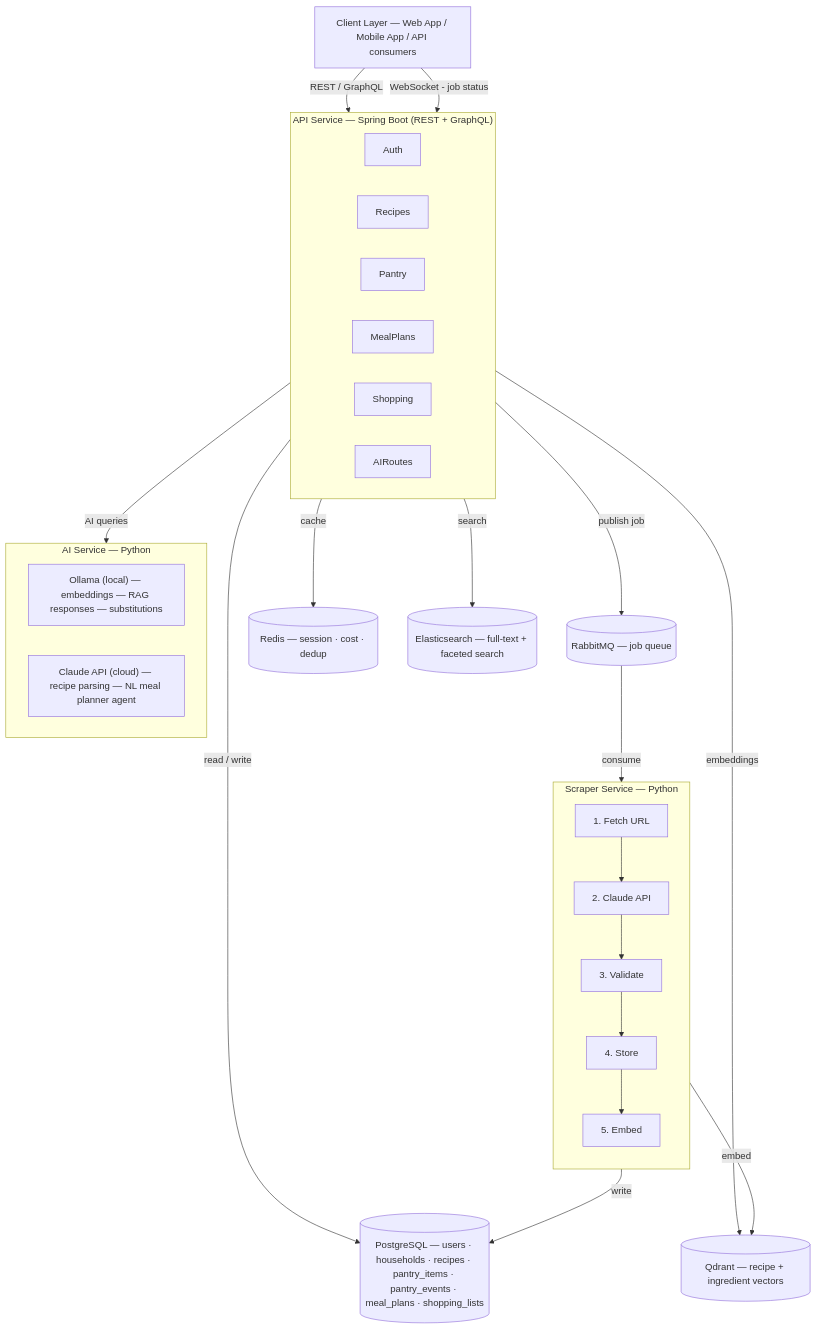
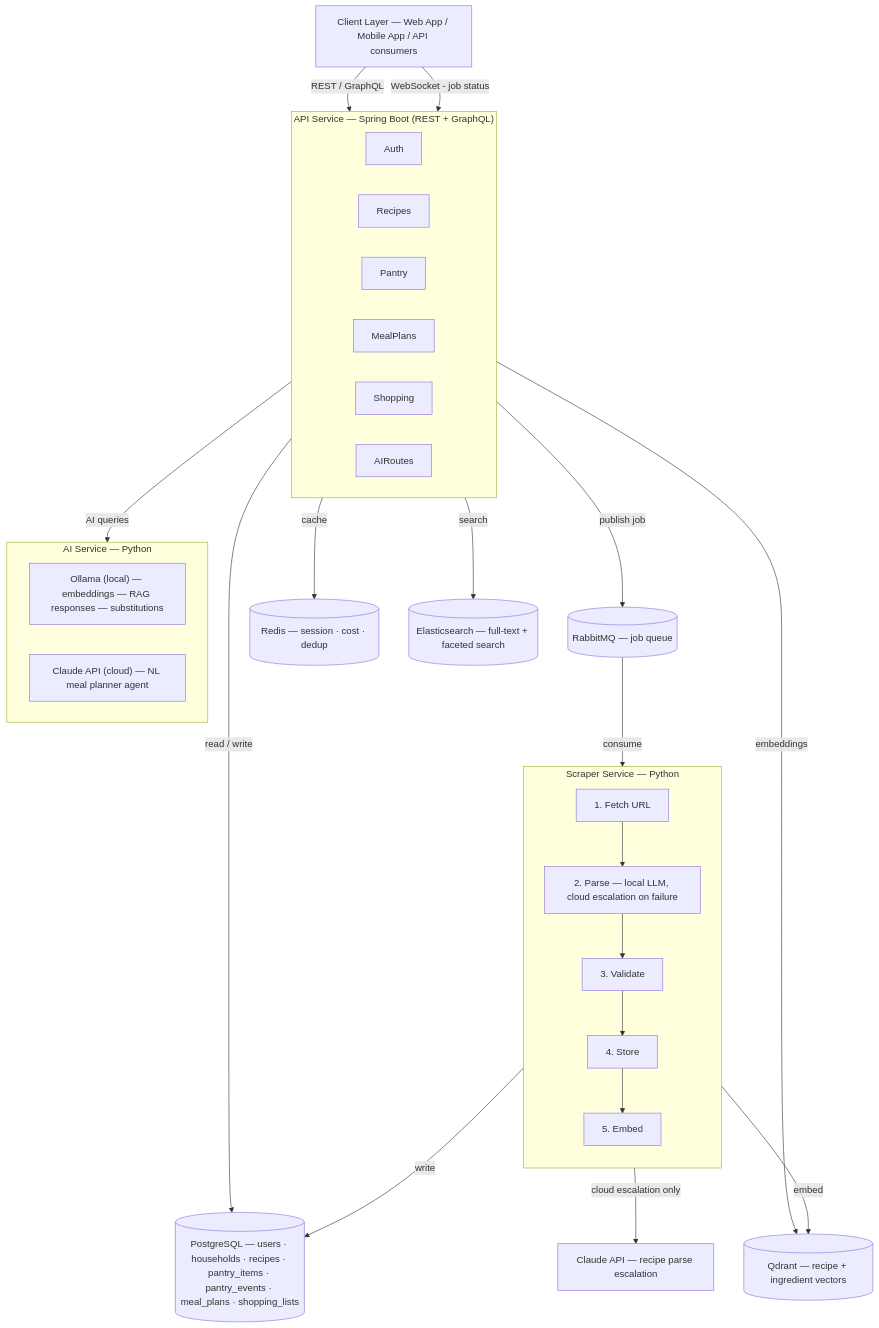
The first of 4 diagrams in docs/architecture.md (ktran0918/recipe-manager), drawn with Mermaid before and after one commit. The commit also changed other lines of this file and 7 other files, not shown here.

````diff
--- a/docs/architecture.md
+++ b/docs/architecture.md
@@ -5,41 +5,42 @@
 ```mermaid
 flowchart TD
     Client["Client Layer — Web App / Mobile App / API consumers"]
 
     Client -->|REST / GraphQL| API
     Client -->|WebSocket - job status| API
 
     subgraph API["API Service — Spring Boot (REST + GraphQL)"]
         direction LR
         Auth & Recipes & Pantry & MealPlans & Shopping & AIRoutes
     end
 
     API -->|publish job| RabbitMQ[(RabbitMQ — job queue)]
     RabbitMQ -->|consume| Scraper
 
     subgraph Scraper["Scraper Service — Python"]
         direction TB
         S1["1. Fetch URL"]
-        S2["2. Claude API"]
+        S2["2. Parse — local LLM, cloud escalation on failure"]
         S3["3. Validate"]
         S4["4. Store"]
         S5["5. Embed"]
         S1 --> S2 --> S3 --> S4 --> S5
     end
 
     API -->|read / write| PG[("PostgreSQL — users · households · recipes · pantry_items · pantry_events · meal_plans · shopping_lists")]
     Scraper -->|write| PG
 
     API -->|cache| Redis[(Redis — session · cost · dedup)]
     API -->|search| ES[(Elasticsearch — full-text + faceted search)]
     API -->|embeddings| Qdrant[(Qdrant — recipe + ingredient vectors)]
     API -->|AI queries| AIService
 
     subgraph AIService["AI Service — Python"]
         direction LR
         Ollama["Ollama (local) — embeddings — RAG responses — substitutions"]
-        Claude["Claude API (cloud) — recipe parsing — NL meal planner agent"]
+        Claude["Claude API (cloud) — NL meal planner agent"]
     end
 
+    Scraper -->|cloud escalation only| ClaudeParse["Claude API — recipe parse escalation"]
     Scraper -->|embed| Qdrant
 ```
````
